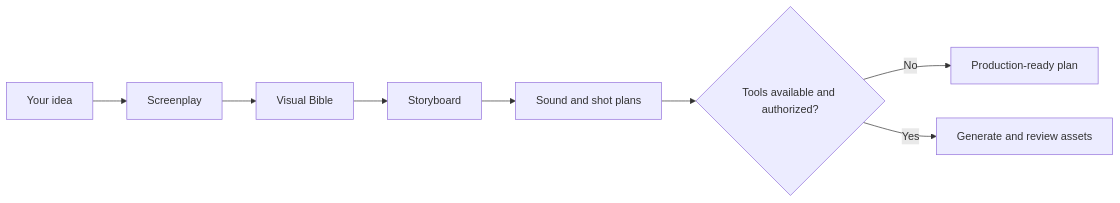
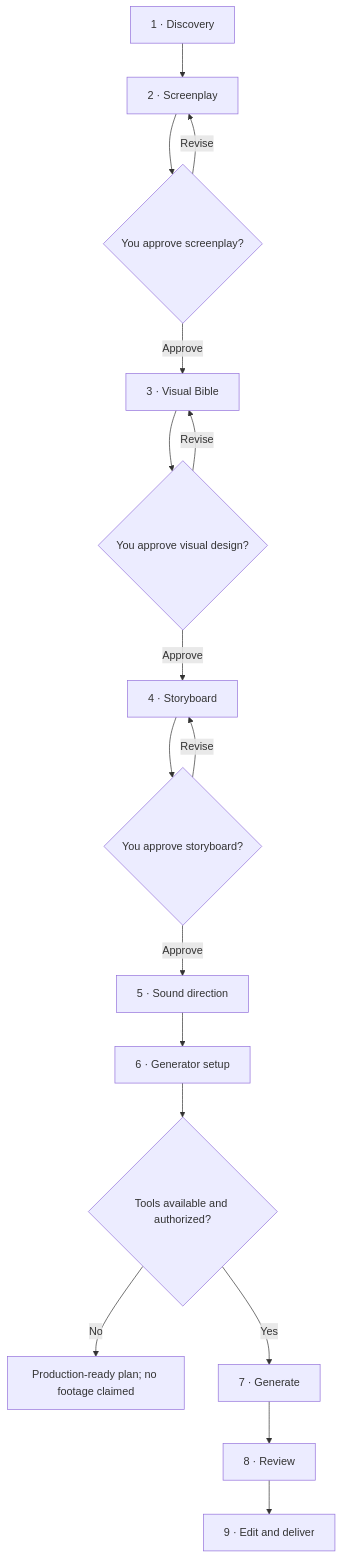
One commit to montadhahri/universal-ai-film-director changed the diagram in README.md. Above: the diagram before and after it, drawn with Mermaid. The commit also changed other lines of this file, not shown here.

Commit message:
docs: restore complete user-first workflow, architecture, releases, contribution and FAQ

````diff
--- a/README.md
+++ b/README.md
@@ -80,10 +80,19 @@
 ```mermaid
-flowchart LR
-    A[Your idea] --> B[Screenplay]
-    B --> C[Visual Bible]
-    C --> D[Storyboard]
-    D --> E[Sound and shot plans]
-    E --> F{Tools available and authorized?}
-    F -->|No| G[Production-ready plan]
-    F -->|Yes| H[Generate and review assets]
+flowchart TD
+    A["1 · Discovery"] --> B["2 · Screenplay"]
+    B --> C{"You approve screenplay?"}
+    C -->|Revise| B
+    C -->|Approve| D["3 · Visual Bible"]
+    D --> E{"You approve visual design?"}
+    E -->|Revise| D
+    E -->|Approve| F["4 · Storyboard"]
+    F --> G{"You approve storyboard?"}
+    G -->|Revise| F
+    G -->|Approve| H["5 · Sound direction"]
+    H --> I["6 · Generator setup"]
+    I --> J{"Tools available and authorized?"}
+    J -->|No| K["Production-ready plan; no footage claimed"]
+    J -->|Yes| L["7 · Generate"]
+    L --> M["8 · Review"]
+    M --> N["9 · Edit and deliver"]
 ```
````
